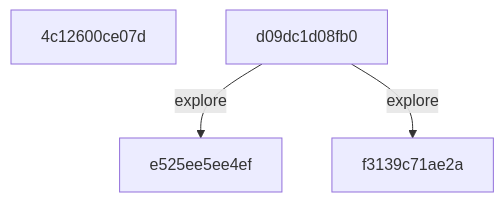
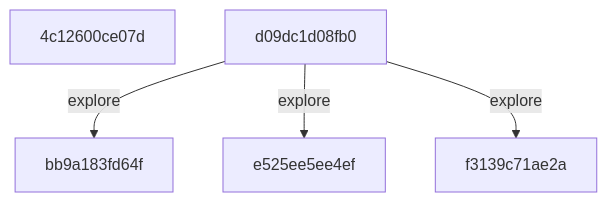
Before and after one commit to timbtz/feyer-search-lab: the diagram in README.md, drawn with Mermaid. The commit also changed other lines of this file and 1 other file, not shown here.

Commit message:
research: timbtz

````diff
--- a/README.md
+++ b/README.md
@@ -23,9 +23,11 @@
 ```mermaid
 graph TD
   c0["4c12600ce07d"]
-  c1["d09dc1d08fb0"]
-  c2["e525ee5ee4ef"]
-  c3["f3139c71ae2a"]
-  c1 -->|explore| c2
-  c1 -->|explore| c3
+  c1["bb9a183fd64f"]
+  c2["d09dc1d08fb0"]
+  c3["e525ee5ee4ef"]
+  c4["f3139c71ae2a"]
+  c2 -->|explore| c1
+  c2 -->|explore| c3
+  c2 -->|explore| c4
 ```
````
